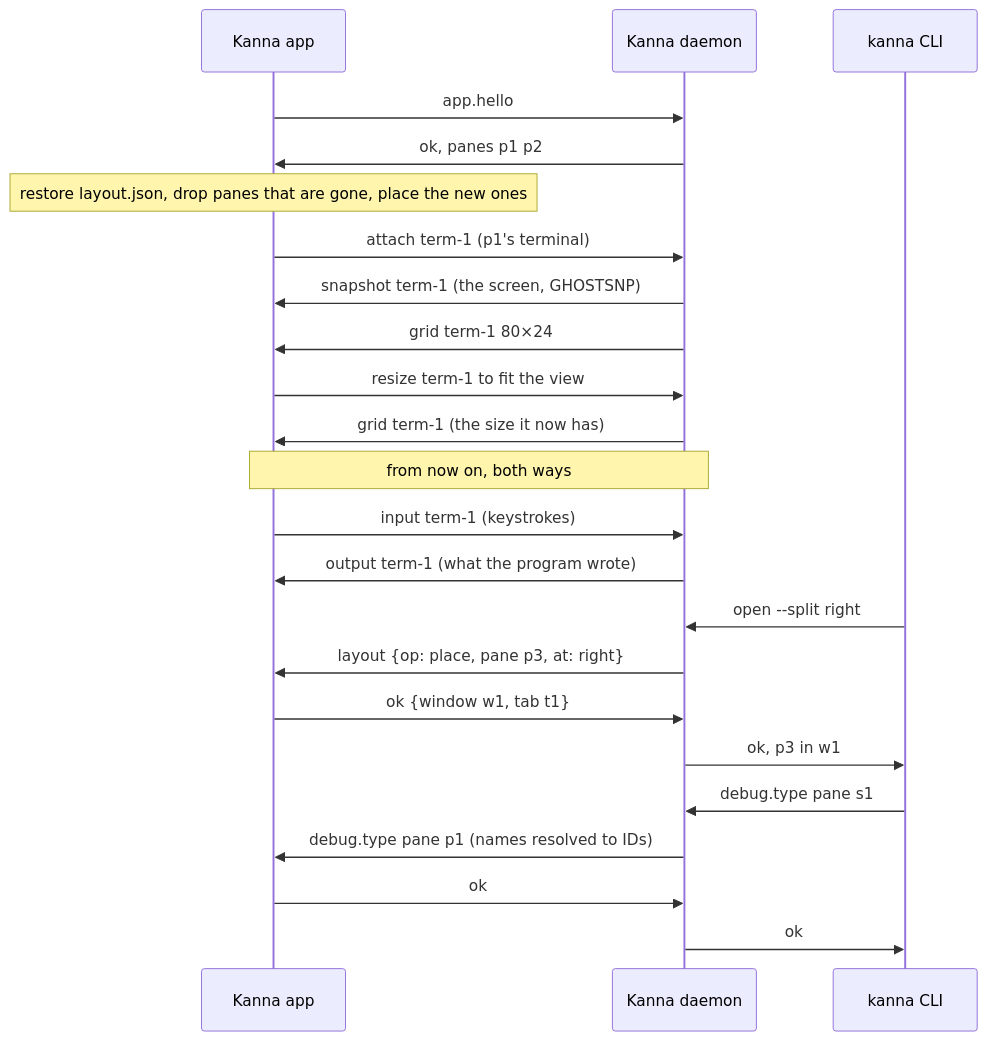
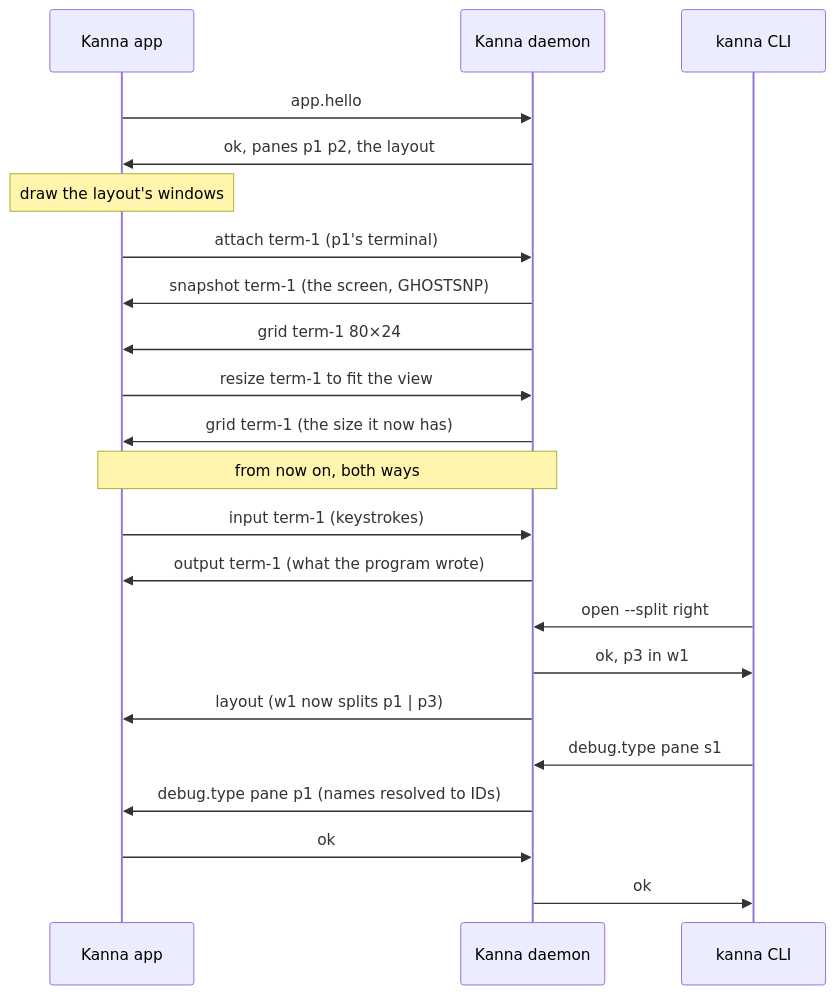
One commit to tampopogk/kanna changed the diagram in docs/specs/app-link.md. Above: the diagram before and after it, drawn with Mermaid. The commit also changed other lines of this file and 32 other files, not shown here.

````diff
--- a/docs/specs/app-link.md
+++ b/docs/specs/app-link.md
@@ -23,25 +23,24 @@
 ```mermaid
 sequenceDiagram
     participant A as Kanna app
     participant D as Kanna daemon
     participant C as kanna CLI
     A->>D: app.hello
-    D->>A: ok, panes p1 p2
-    Note over A: restore layout.json, drop panes that are gone, place the new ones
+    D->>A: ok, panes p1 p2, the layout
+    Note over A: draw the layout's windows
     A->>D: attach term-1 (p1's terminal)
     D->>A: snapshot term-1 (the screen, GHOSTSNP)
     D->>A: grid term-1 80×24
     A->>D: resize term-1 to fit the view
     D->>A: grid term-1 (the size it now has)
     Note over A,D: from now on, both ways
     A->>D: input term-1 (keystrokes)
     D->>A: output term-1 (what the program wrote)
     C->>D: open --split right
-    D->>A: layout {op: place, pane p3, at: right}
-    A->>D: ok {window w1, tab t1}
     D->>C: ok, p3 in w1
+    D->>A: layout (w1 now splits p1 | p3)
     C->>D: debug.type pane s1
     D->>A: debug.type pane p1 (names resolved to IDs)
     A->>D: ok
     D->>C: ok
 ```
````
